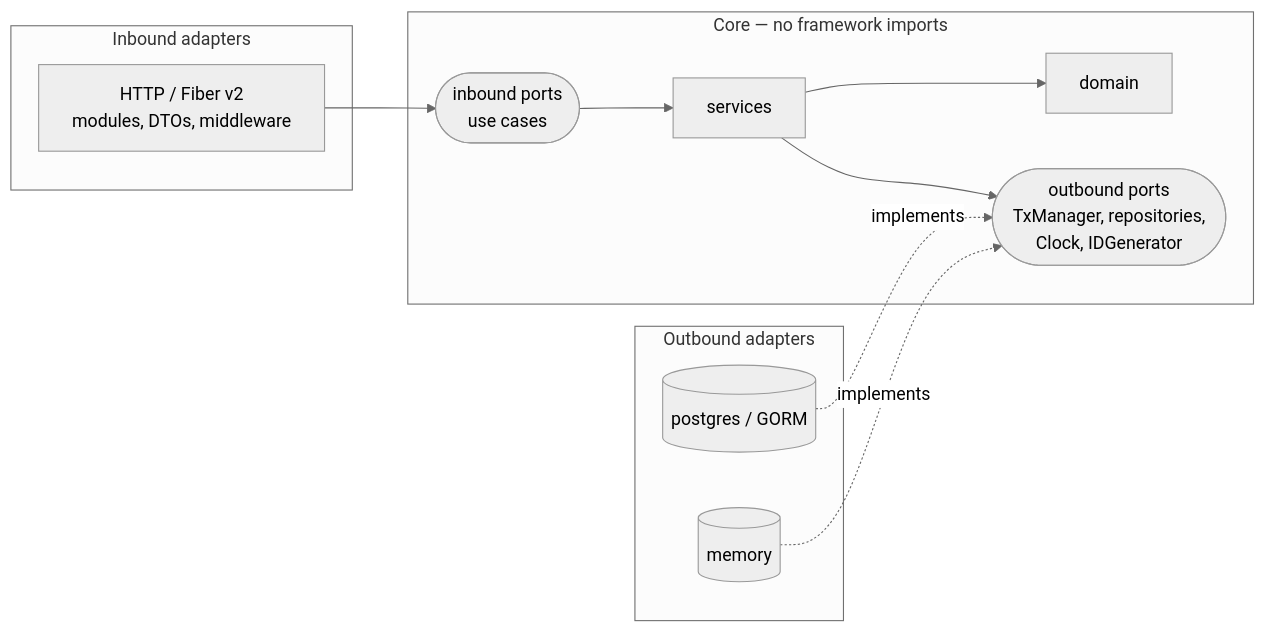
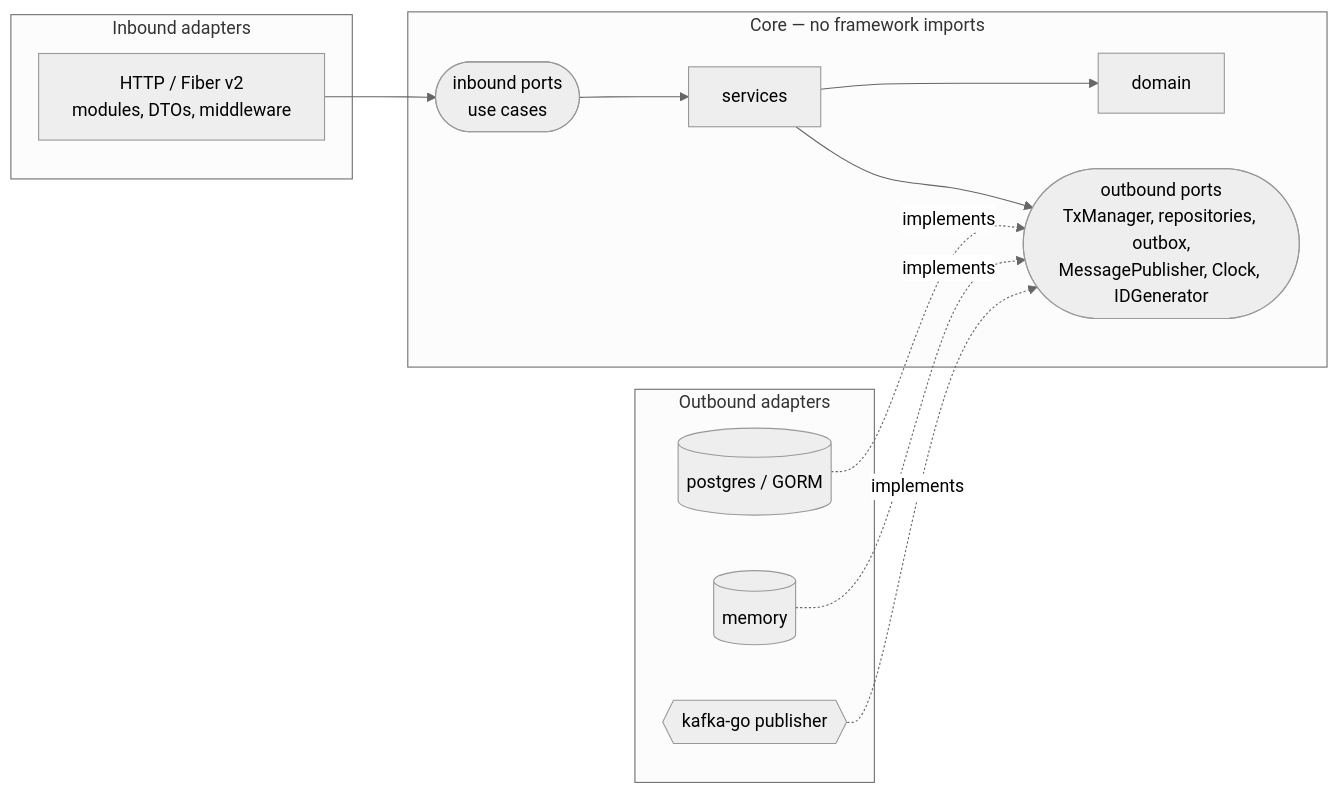
Before and after one commit to Thapanut/go-engineering-starter: the second of 2 diagrams in docs/01-architecture/architecture.md, drawn with Mermaid (neutral theme). The commit also changed other lines of this file and 4 other files, not shown here.

````diff
--- a/docs/01-architecture/architecture.md
+++ b/docs/01-architecture/architecture.md
@@ -20,20 +20,22 @@
 ```mermaid
 flowchart LR
   subgraph inbound[Inbound adapters]
     http[HTTP / Fiber v2<br/>modules, DTOs, middleware]
   end
   subgraph core[Core — no framework imports]
     inport([inbound ports<br/>use cases])
     svc[services]
     dom[domain]
-    outport([outbound ports<br/>TxManager, repositories,<br/>Clock, IDGenerator])
+    outport([outbound ports<br/>TxManager, repositories, outbox,<br/>MessagePublisher, Clock, IDGenerator])
   end
   subgraph outbound[Outbound adapters]
     pg[(postgres / GORM)]
     mem[(memory)]
+    kafka{{kafka-go publisher}}
   end
   http --> inport --> svc --> dom
   svc --> outport
   pg -. implements .-> outport
   mem -. implements .-> outport
+  kafka -. implements .-> outport
 ```
````
